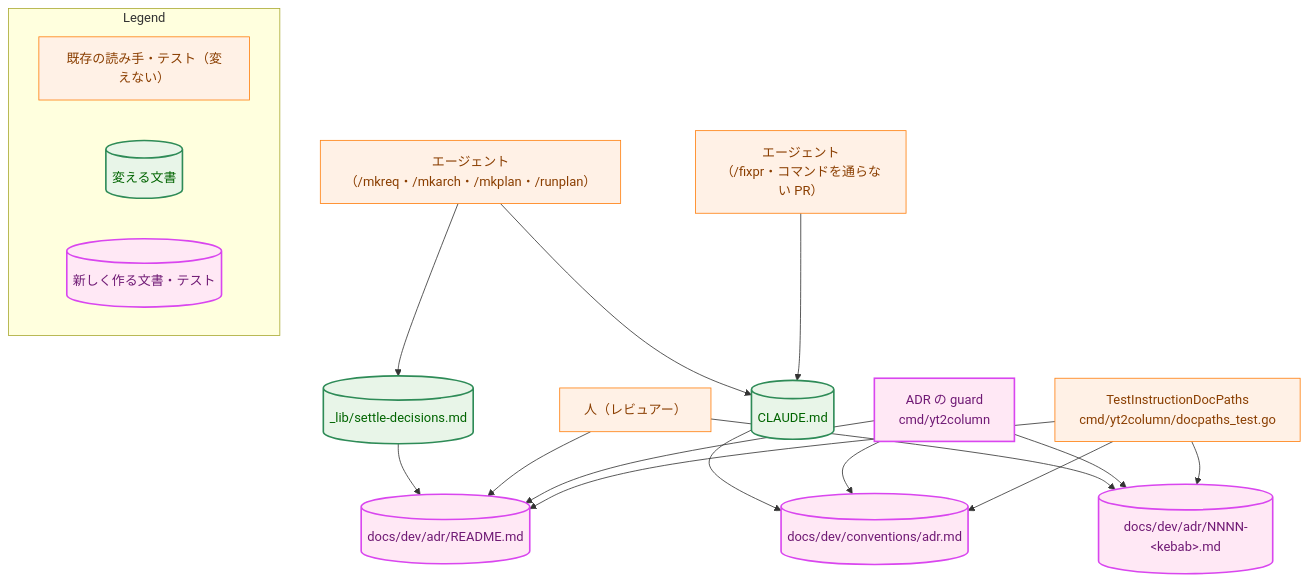
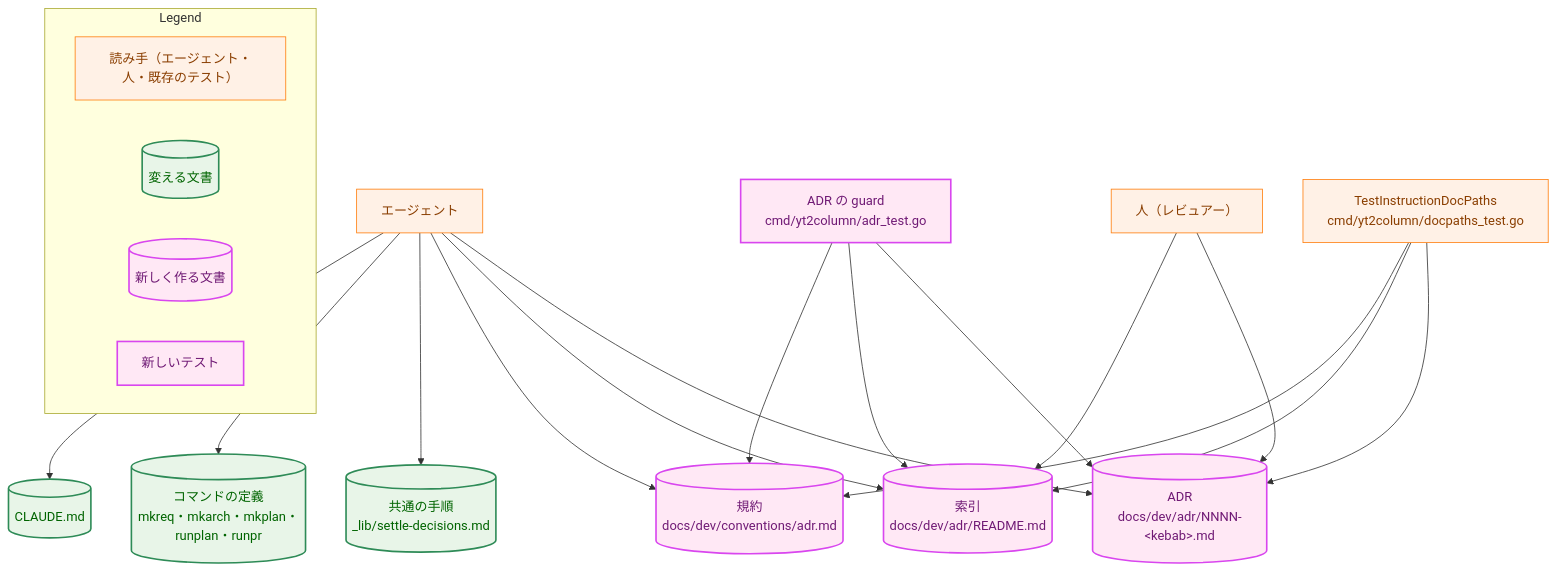
One commit to isseis/yt2column changed the third of 6 diagrams in docs/tasks/0060_adr_records/02_architecture.md. Above: the diagram before and after it, drawn with Mermaid. The commit also changed other lines of this file, not shown here.

First line of the commit message:
docs(0060): address the architecture review findings

````diff
--- a/docs/tasks/0060_adr_records/02_architecture.md
+++ b/docs/tasks/0060_adr_records/02_architecture.md
@@ -121,47 +130,49 @@
 ```mermaid
 flowchart TD
     classDef data fill:#e6f7ff,stroke:#1f77b4,stroke-width:1px,color:#0b3d91;
     classDef process fill:#fff1e6,stroke:#ff7f0e,stroke-width:1px,color:#8a3e00;
     classDef enhanced fill:#e8f5e8,stroke:#2e8b57,stroke-width:2px,color:#006400;
     classDef newpkg fill:#ffe8f5,stroke:#d946ef,stroke-width:2px,color:#701a75;
 
-    AGENT["エージェント<br>（/mkreq・/mkarch・/mkplan・/runplan）"]
-    FIXPR["エージェント<br>（/fixpr・コマンドを通らない PR）"]
+    AGENT["エージェント"]
     HUMAN["人（レビュアー）"]
-    GUARD["ADR の guard<br>cmd/yt2column"]
     PATHS["TestInstructionDocPaths<br>cmd/yt2column/docpaths_test.go"]
+    GUARD["ADR の guard<br>cmd/yt2column/adr_test.go"]
 
     CLAUDE[("CLAUDE.md")]
-    SETTLE[("_lib/settle-decisions.md")]
-    CONV[("docs/dev/conventions/adr.md")]
-    INDEX[("docs/dev/adr/README.md")]
-    ADR[("docs/dev/adr/NNNN-#lt;kebab#gt;.md")]
+    CMDS[("コマンドの定義<br>mkreq・mkarch・mkplan・runplan・runpr")]
+    SETTLE[("共通の手順<br>_lib/settle-decisions.md")]
+    CONV[("規約<br>docs/dev/conventions/adr.md")]
+    INDEX[("索引<br>docs/dev/adr/README.md")]
+    ADR[("ADR<br>docs/dev/adr/NNNN-#lt;kebab#gt;.md")]
 
+    AGENT --> CLAUDE
+    AGENT --> CMDS
     AGENT --> SETTLE
-    AGENT --> CLAUDE
-    FIXPR --> CLAUDE
-    SETTLE --> INDEX
-    CLAUDE --> CONV
+    AGENT --> CONV
+    AGENT --> INDEX
+    AGENT --> ADR
     HUMAN --> INDEX
     HUMAN --> ADR
     GUARD --> CONV
     GUARD --> INDEX
     GUARD --> ADR
+    PATHS --> CONV
     PATHS --> INDEX
     PATHS --> ADR
-    PATHS --> CONV
 
-    class AGENT,FIXPR,HUMAN,PATHS process
-    class CLAUDE,SETTLE enhanced
+    class AGENT,HUMAN,PATHS process
+    class CLAUDE,CMDS,SETTLE enhanced
     class CONV,INDEX,ADR newpkg
     class GUARD newpkg
 
     subgraph Legend["Legend"]
-        L1["既存の読み手・テスト（変えない）"]
+        L1["読み手（エージェント・人・既存のテスト）"]
         L2[("変える文書")]
-        L3[("新しく作る文書・テスト")]
+        L3[("新しく作る文書")]
+        L4["新しいテスト"]
     end
     class L1 process
     class L2 enhanced
-    class L3 newpkg
+    class L3,L4 newpkg
 ```
````
